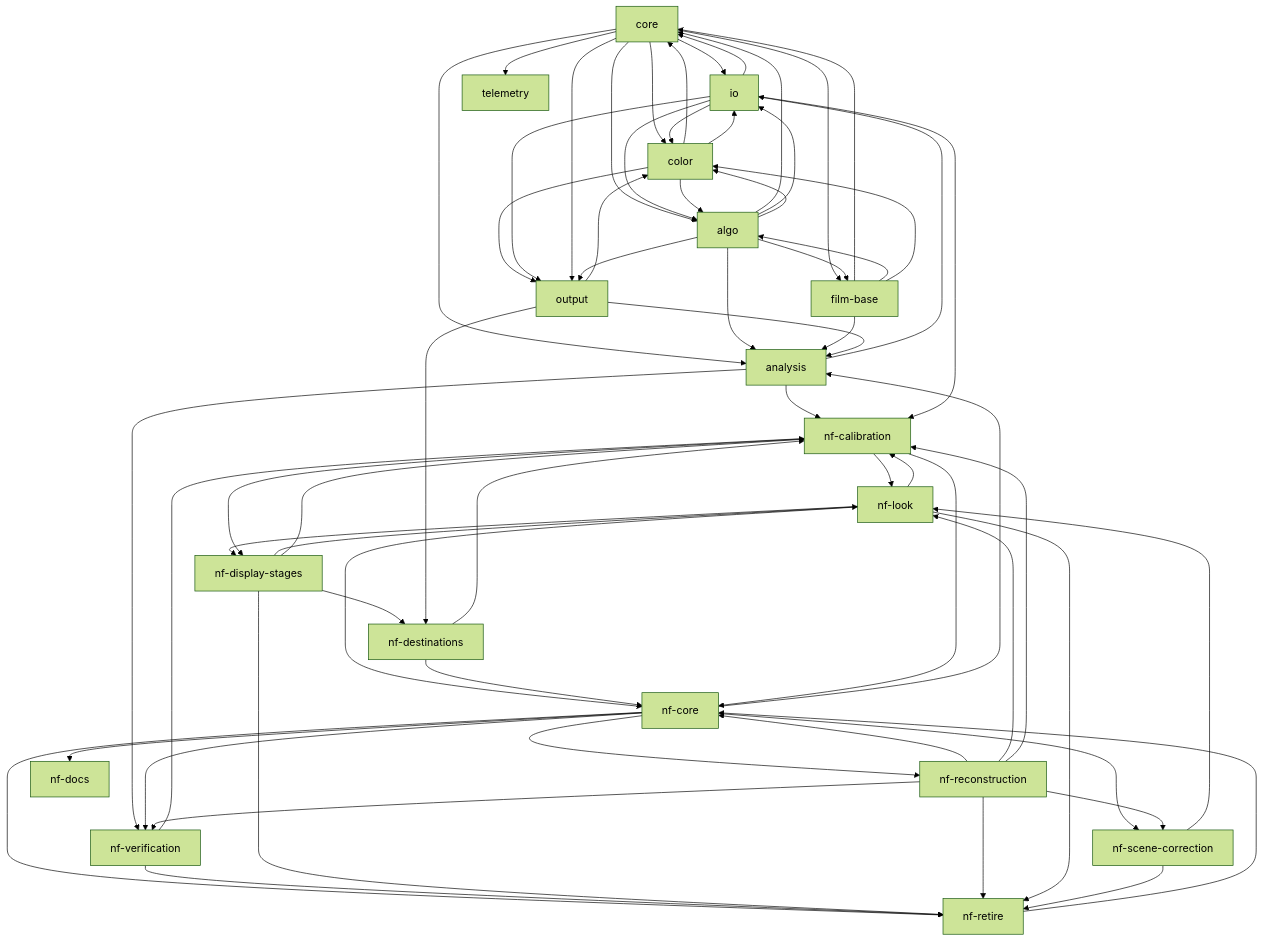
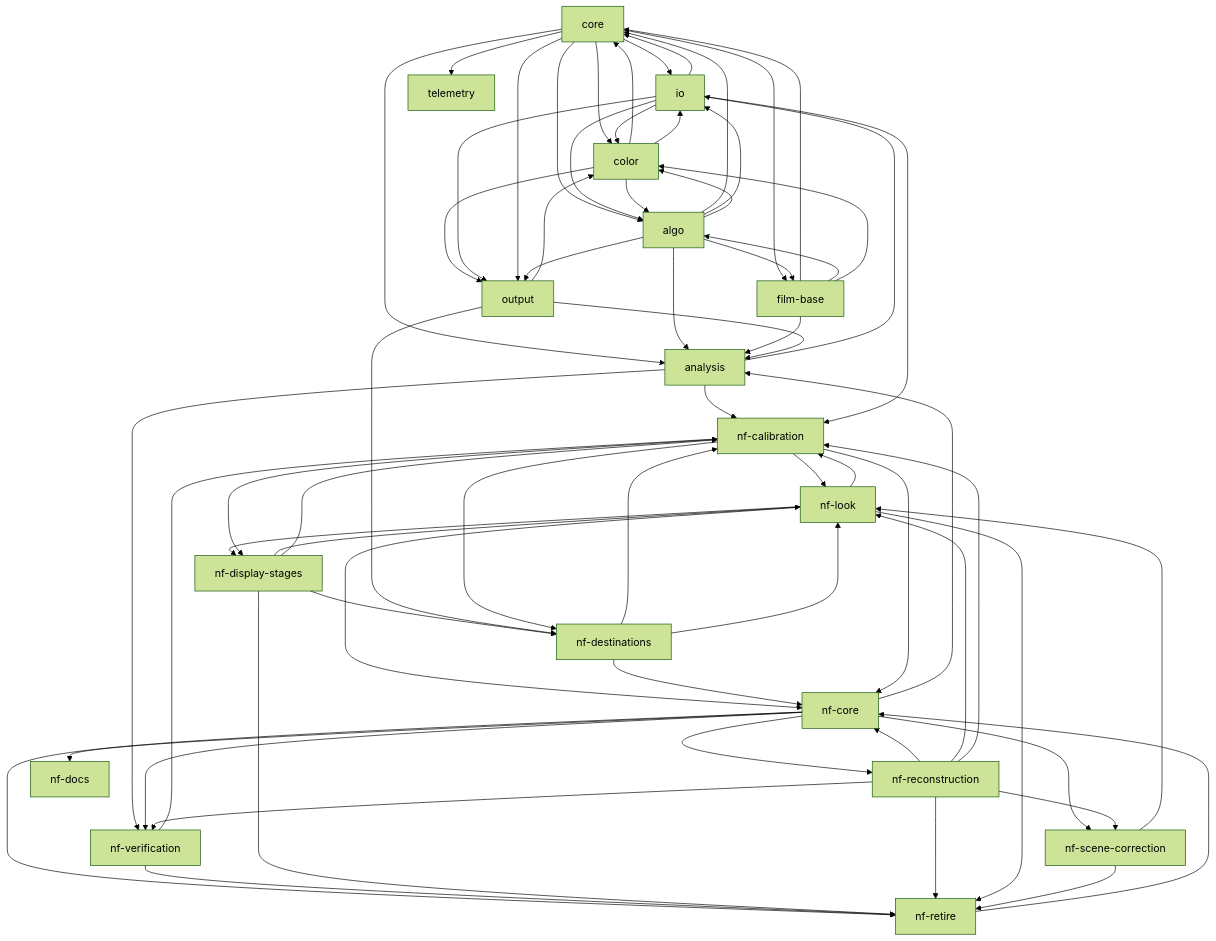
One commit to lix42/hanten changed the first of 2 diagrams in docs/TASKS.md. Above: the diagram before and after it, drawn with Mermaid (forest theme). The commit also changed other lines of this file and 14 other files, not shown here.

```diff
--- a/docs/TASKS.md
+++ b/docs/TASKS.md
@@ -163,6 +163,8 @@
   nf-reconstruction --> nf-calibration
   nf-calibration --> nf-look
   nf-calibration --> nf-display-stages
+  nf-calibration --> nf-destinations
+  nf-destinations --> nf-look
   analysis --> nf-verification
   nf-core --> nf-verification
   nf-reconstruction --> nf-verification
```
